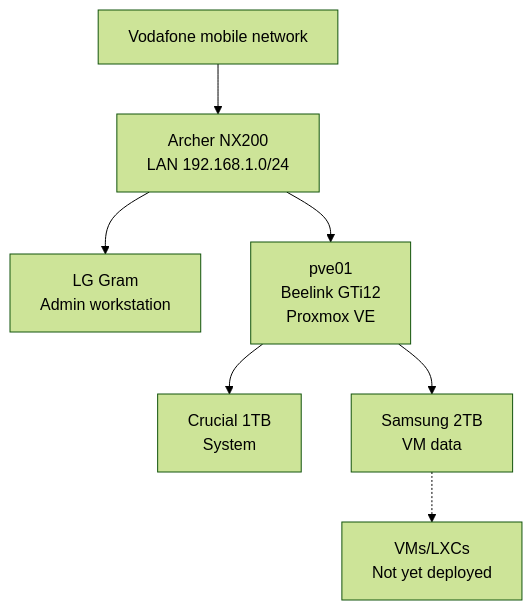
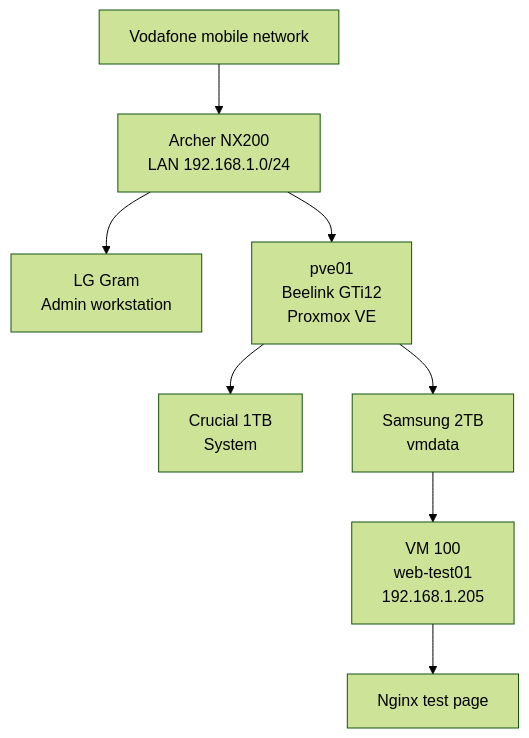
One commit to dgsuma/dgs-private-cloud changed the diagram in docs/00-project-overview.md. Above: the diagram before and after it, drawn with Mermaid (forest theme). The commit also changed other lines of this file and 19 other files, not shown here.

````diff
--- a/docs/00-project-overview.md
+++ b/docs/00-project-overview.md
@@ -42,17 +55,19 @@
 ```mermaid
 flowchart TB
     WAN["Vodafone mobile network"]
     NX200["Archer NX200<br/>LAN 192.168.1.0/24"]
     Admin["LG Gram<br/>Admin workstation"]
     PVE["pve01<br/>Beelink GTi12<br/>Proxmox VE"]
     OS["Crucial 1TB<br/>System"]
-    DATA["Samsung 2TB<br/>VM data"]
-    Guests["VMs/LXCs<br/>Not yet deployed"]
+    DATA["Samsung 2TB<br/>vmdata"]
+    VM["VM 100<br/>web-test01<br/>192.168.1.205"]
+    WEB["Nginx test page"]
 
     WAN --> NX200
     NX200 --> Admin
     NX200 --> PVE
     PVE --> OS
     PVE --> DATA
-    DATA -.-> Guests
+    DATA --> VM
+    VM --> WEB
 ```
````
